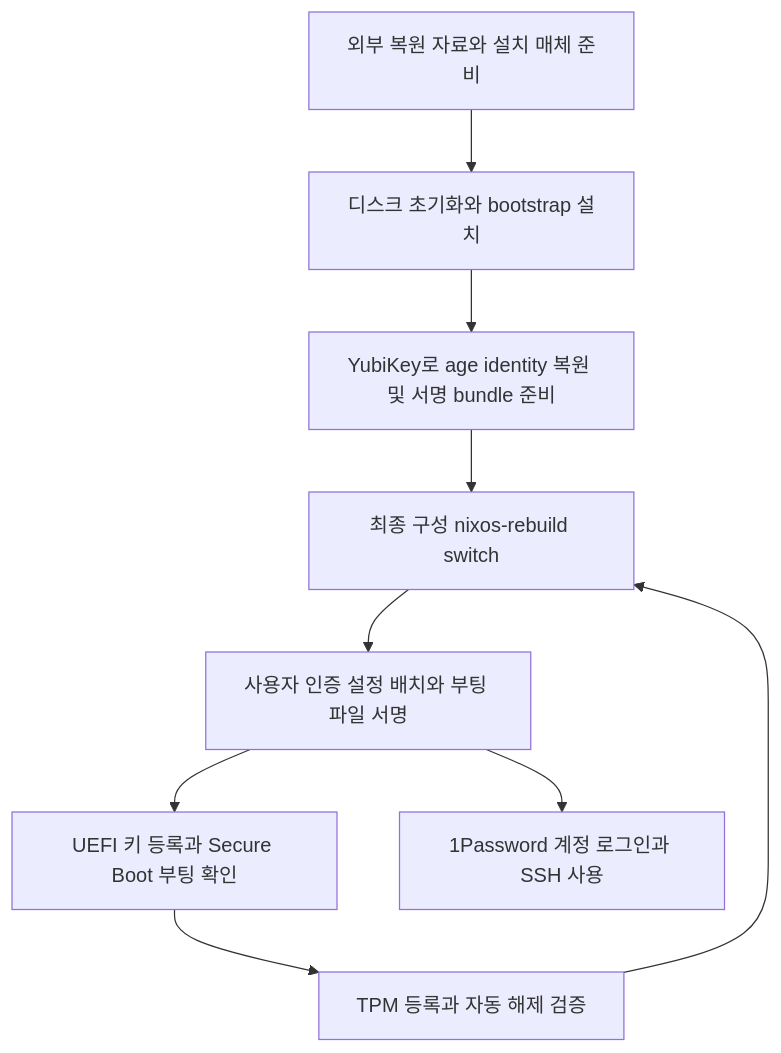
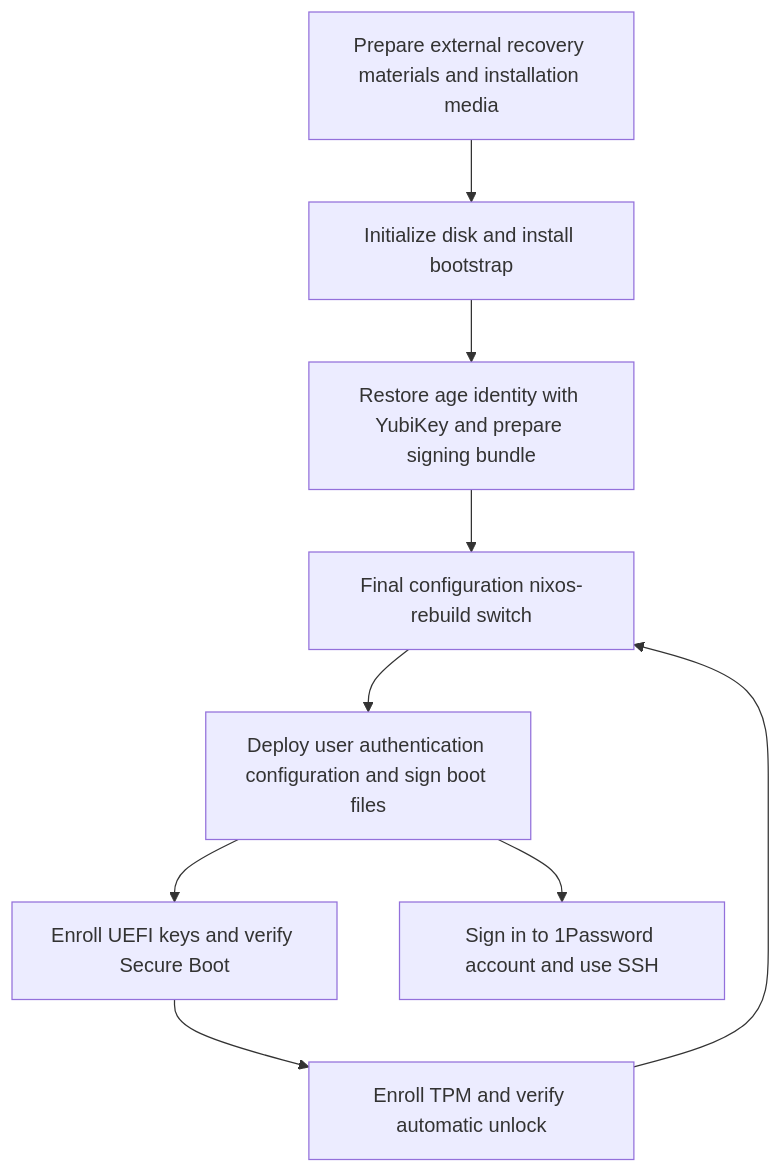
The first of 2 diagrams in .compound-engineering/artifacts/plans/2026-09-21-0149-feat-thinkpad-nixos-declarative-environment-plan.md (hyperlapse122/nix-config), drawn with Mermaid before and after one commit. The commit also changed other lines of this file and 6 other files, not shown here.

````diff
--- a/.compound-engineering/artifacts/plans/2026-09-21-0149-feat-thinkpad-nixos-declarative-environment-plan.md
+++ b/.compound-engineering/artifacts/plans/2026-09-21-0149-feat-thinkpad-nixos-declarative-environment-plan.md
@@ -86,11 +86,11 @@
 ```mermaid
 flowchart TD
-    A[외부 복원 자료와 설치 매체 준비] --> B[디스크 초기화와 bootstrap 설치]
-    B --> C[YubiKey로 age identity 복원 및 서명 bundle 준비]
-    C --> D[최종 구성 nixos-rebuild switch]
-    D --> E[사용자 인증 설정 배치와 부팅 파일 서명]
-    E --> F[UEFI 키 등록과 Secure Boot 부팅 확인]
-    F --> G[TPM 등록과 자동 해제 검증]
+    A[Prepare external recovery materials and installation media] --> B[Initialize disk and install bootstrap]
+    B --> C[Restore age identity with YubiKey and prepare signing bundle]
+    C --> D[Final configuration nixos-rebuild switch]
+    D --> E[Deploy user authentication configuration and sign boot files]
+    E --> F[Enroll UEFI keys and verify Secure Boot]
+    F --> G[Enroll TPM and verify automatic unlock]
     G --> D
-    E --> H[1Password 계정 로그인과 SSH 사용]
+    E --> H[Sign in to 1Password account and use SSH]
 ```
````
